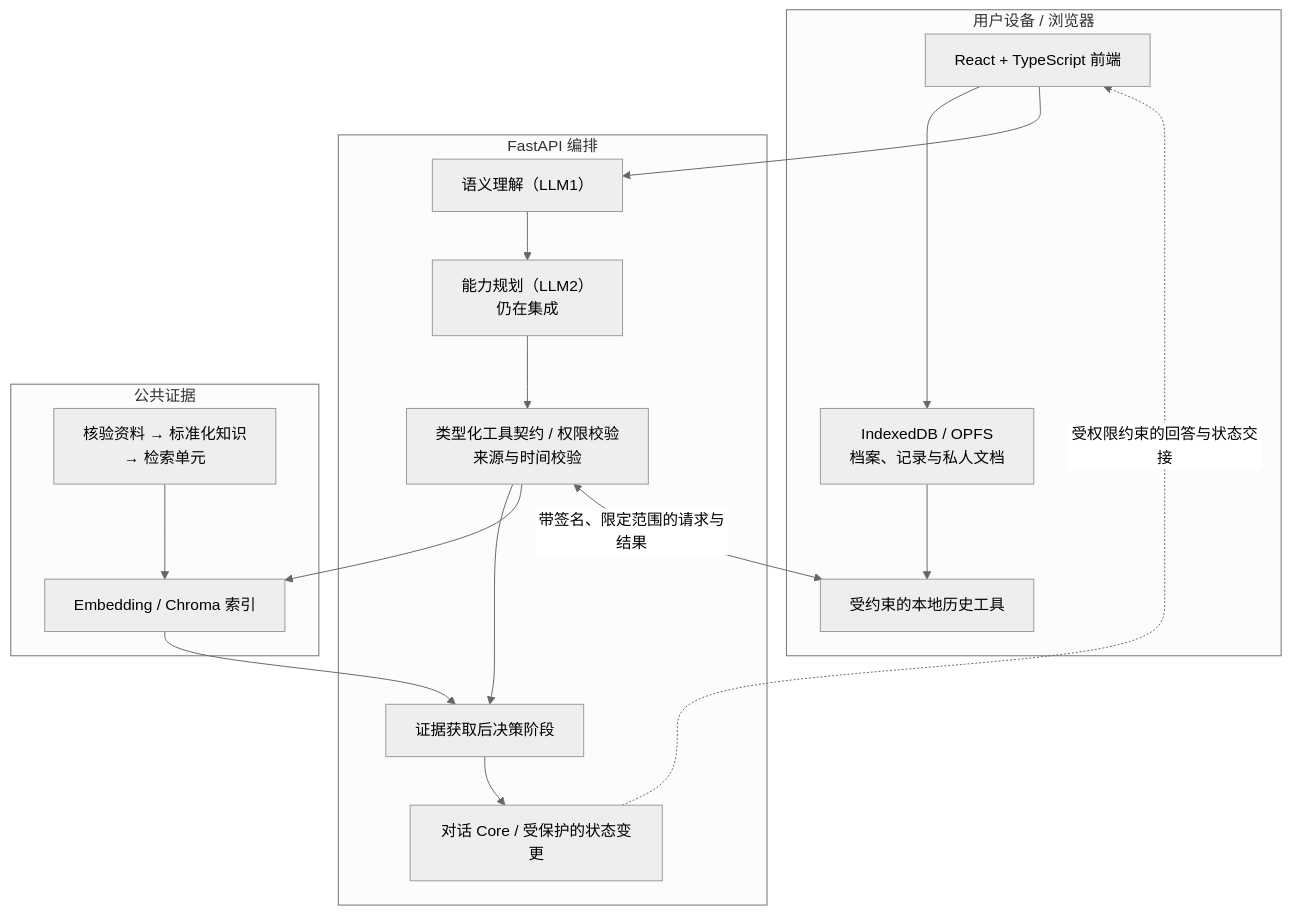
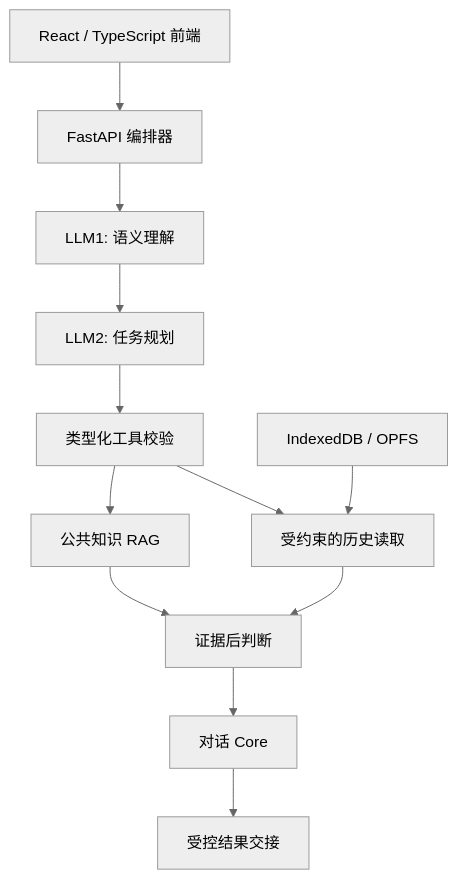
One commit to Yang2310/rabbit-care-ai-assistant changed the diagram in docs/architecture.zh-CN.md. Above: the diagram before and after it, drawn with Mermaid (neutral theme). The commit also changed 3 other files, not shown here.

Commit message:
docs(portfolio): simplify Mermaid node labels for GitHub rendering (EN/ZH)

````diff
--- a/docs/architecture.zh-CN.md
+++ b/docs/architecture.zh-CN.md
@@ -23,29 +23,14 @@
 ```mermaid
-flowchart TB
-    subgraph CLIENT["用户设备 / 浏览器"]
-      UI["React + TypeScript 前端"]
-      LOCAL["IndexedDB / OPFS<br/>档案、记录与私人文档"]
-      HISTORY["受约束的本地历史工具"]
-      UI --> LOCAL
-      LOCAL --> HISTORY
-    end
-    subgraph SERVER["FastAPI 编排"]
-      SEM["语义理解（LLM1）"]
-      PLAN["能力规划（LLM2）<br/>仍在集成"]
-      EXEC["类型化工具契约 / 权限校验<br/>来源与时间校验"]
-      DOMAIN["证据获取后决策阶段"]
-      CORE["对话 Core / 受保护的状态变更"]
-      SEM --> PLAN --> EXEC
-      EXEC --> DOMAIN --> CORE
-    end
-    subgraph KNOWLEDGE["公共证据"]
-      CANON["核验资料 → 标准化知识<br/>→ 检索单元"]
-      VEC["Embedding / Chroma 索引"]
-      CANON --> VEC
-    end
-    UI --> SEM
-    EXEC --> VEC
-    EXEC <-->|"带签名、限定范围的请求与结果"| HISTORY
-    VEC --> DOMAIN
-    CORE -. "受权限约束的回答与状态交接" .-> UI
+flowchart TD
+    UI["React / TypeScript 前端"] --> API["FastAPI 编排器"]
+    API --> SEM["LLM1: 语义理解"]
+    SEM --> PLAN["LLM2: 任务规划"]
+    PLAN --> GATE["类型化工具校验"]
+    GATE --> RAG["公共知识 RAG"]
+    GATE --> HIST["受约束的历史读取"]
+    STORE["IndexedDB / OPFS"] --> HIST
+    RAG --> DOMAIN["证据后判断"]
+    HIST --> DOMAIN
+    DOMAIN --> CORE["对话 Core"]
+    CORE --> OUT["受控结果交接"]
 ```
````
